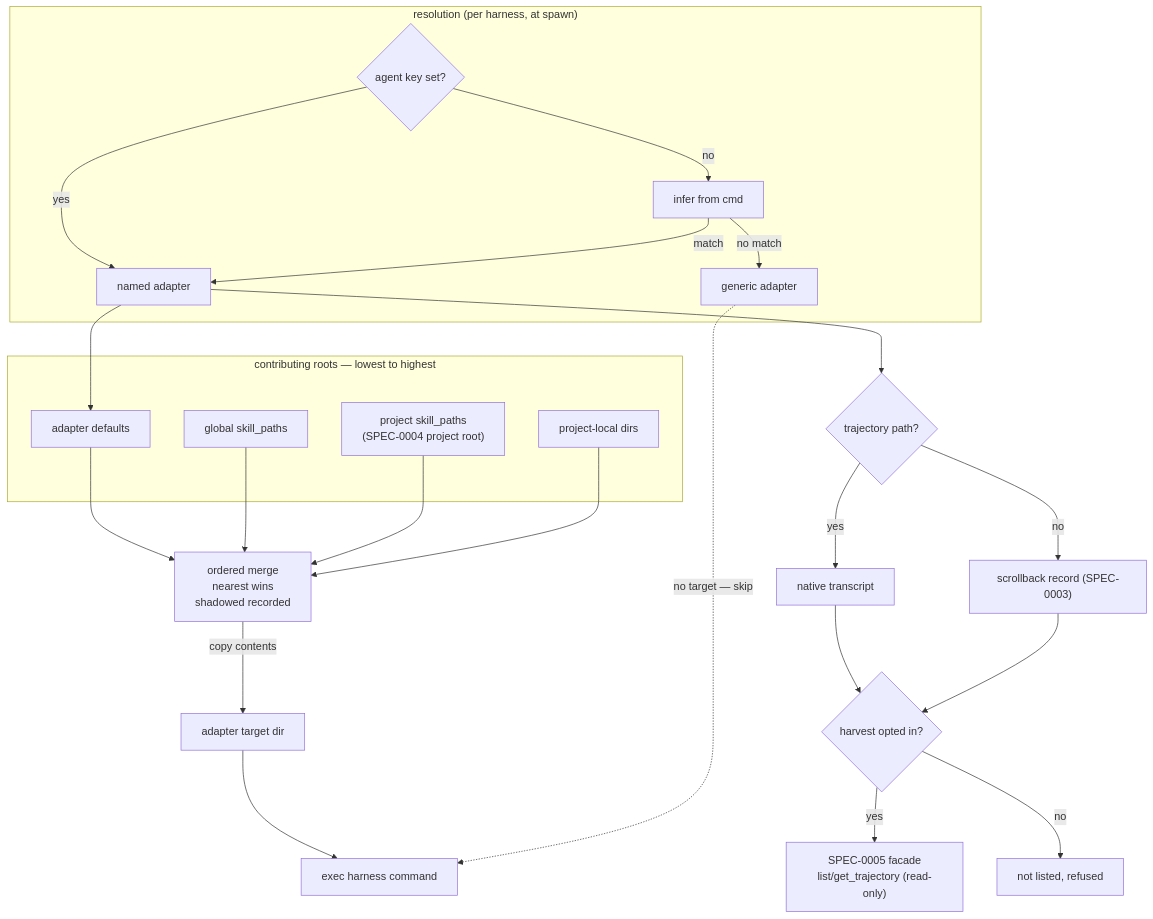
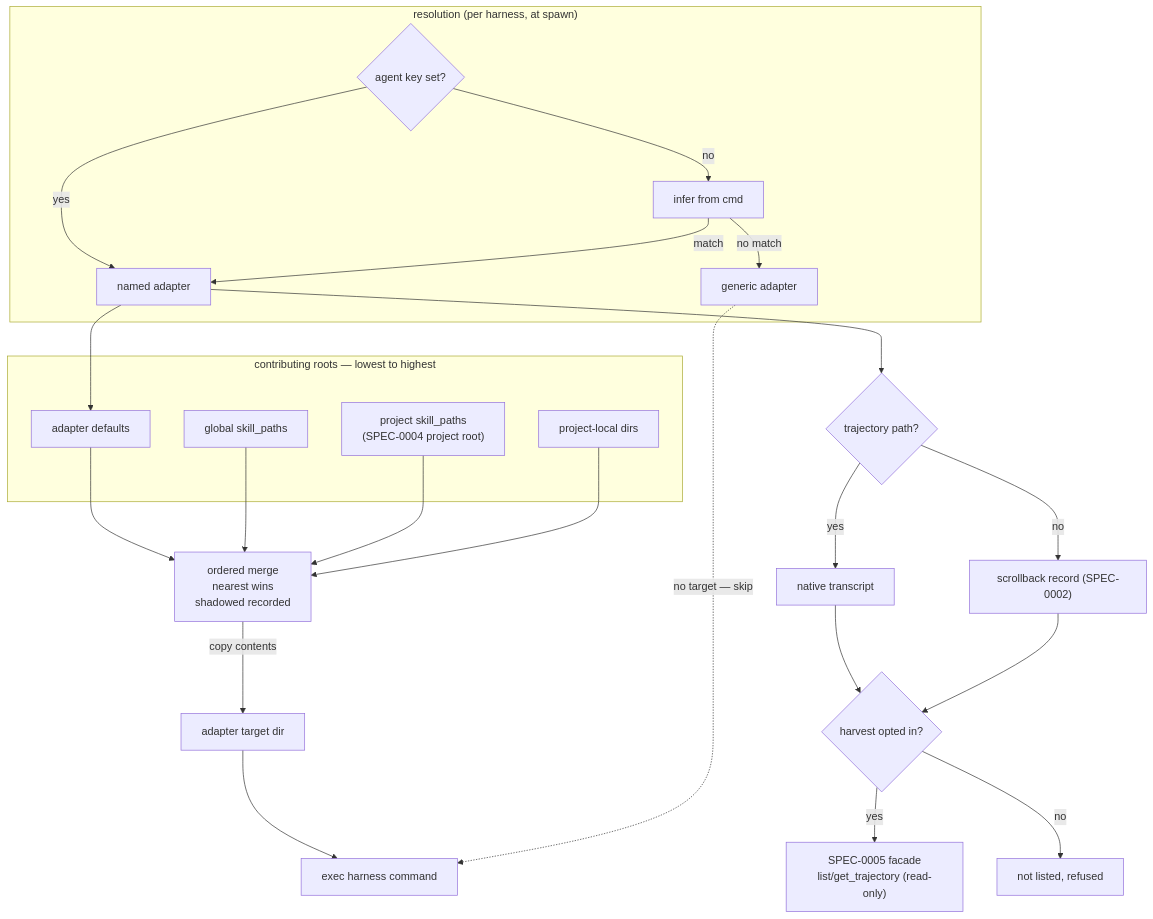
Before and after one commit to stump-wtf/harness: the diagram in docs/openspec/specs/agent-adapters/design.md, drawn with Mermaid. The commit also changed other lines of this file and 2 other files, not shown here.

First line of the commit message:
fix(docs): adapter projection and trajectory contradictions in ADR-0011 / SPEC-0006

````diff
--- a/docs/openspec/specs/agent-adapters/design.md
+++ b/docs/openspec/specs/agent-adapters/design.md
@@ -119,35 +119,35 @@
 ```mermaid
 flowchart TD
     subgraph resolve["resolution (per harness, at spawn)"]
         SEL{"agent key set?"}
         SEL -->|yes| AD["named adapter"]
         SEL -->|no| INF["infer from cmd"]
         INF -->|match| AD
         INF -->|no match| GEN["generic adapter"]
     end
 
     subgraph roots["contributing roots — lowest to highest"]
         R1["adapter defaults"]
         R2["global skill_paths"]
         R3["project skill_paths<br/>(SPEC-0004 project root)"]
         R4["project-local dirs"]
     end
 
     AD --> R1
     R1 --> MERGE["ordered merge<br/>nearest wins<br/>shadowed recorded"]
     R2 --> MERGE
     R3 --> MERGE
     R4 --> MERGE
 
     MERGE -->|"copy contents"| TGT["adapter target dir"]
     TGT --> EXEC["exec harness command"]
     GEN -.->|"no target — skip"| EXEC
 
     AD --> TRJ{"trajectory path?"}
     TRJ -->|yes| NAT["native transcript"]
-    TRJ -->|no| RING["scrollback record (SPEC-0003)"]
+    TRJ -->|no| RING["scrollback record (SPEC-0002)"]
     NAT --> OPT{"harvest opted in?"}
     RING --> OPT
     OPT -->|yes| FAC["SPEC-0005 facade<br/>list/get_trajectory (read-only)"]
     OPT -->|no| HID["not listed, refused"]
 ```
````
